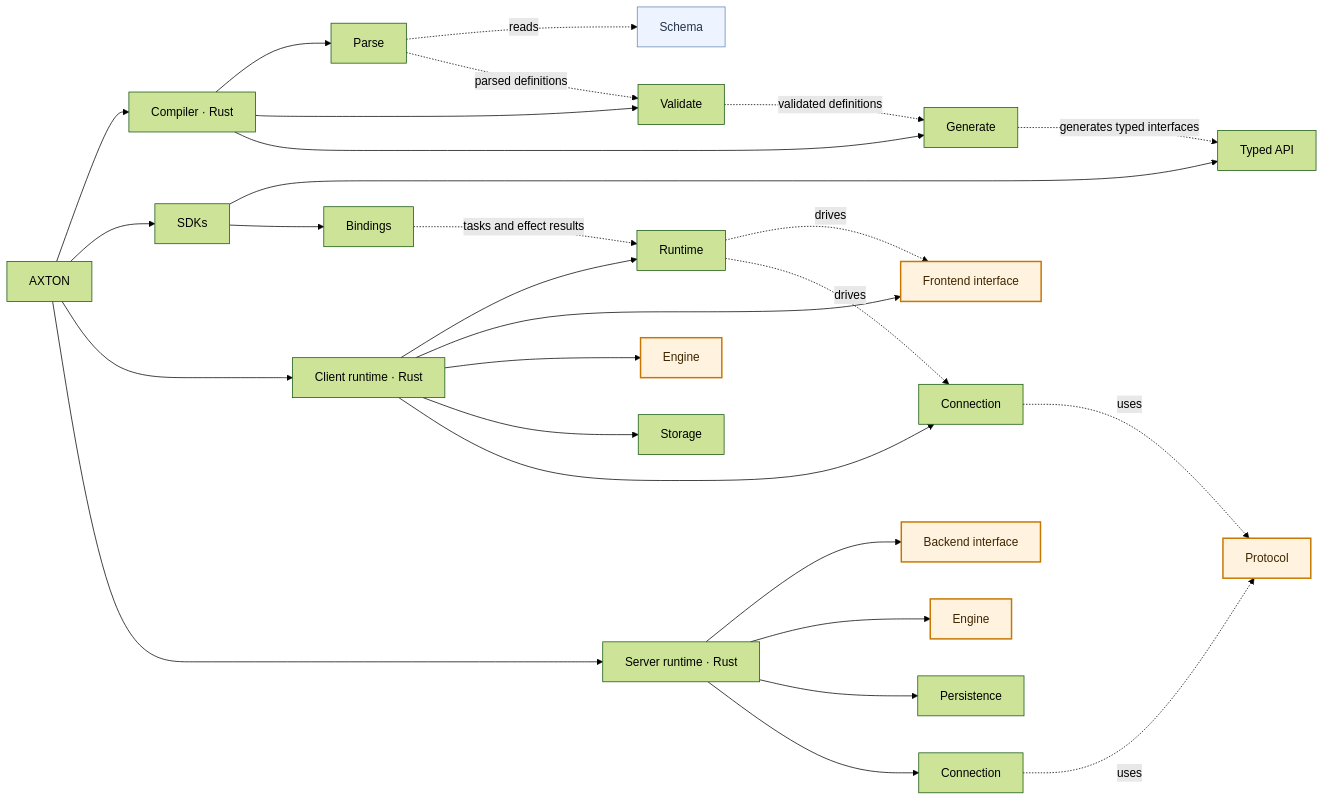
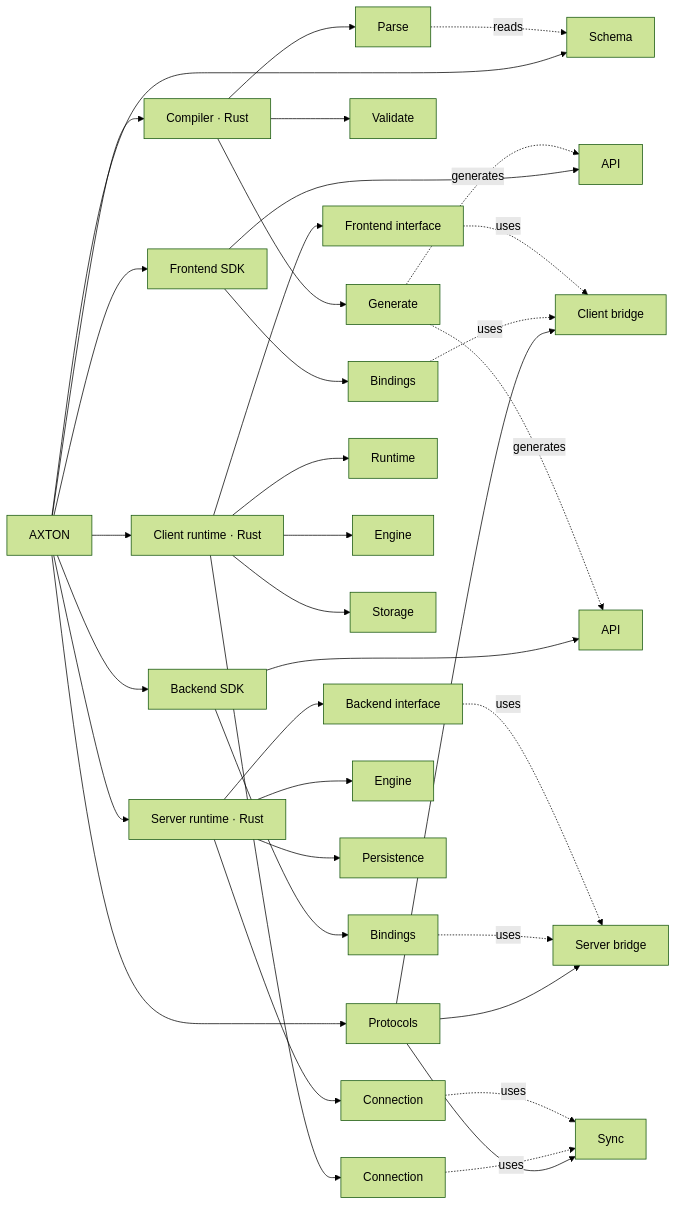
The diagram in docs/engineering/architecture.md (steve-z-wang/otter-sync), drawn with Mermaid (forest theme) before and after one commit. The commit also changed other lines of this file and 393 other files, not shown here.

Commit message:
refactor: extract protocol contracts and separate SDK owners (SYN-23) (#269)

````diff
--- a/docs/engineering/architecture.md
+++ b/docs/engineering/architecture.md
@@ -63,46 +62,38 @@
 ```mermaid
 flowchart LR
-    A["AXTON"]
-
-    A --> C["Compiler · Rust"]
-    C --> CP["Parse"]
-    C --> CV["Validate"]
-    C --> CG["Generate"]
-
-    A --> SDK["SDKs"]
-    SDK --> API["Typed API"]
-    SDK --> B["Bindings"]
-
-    A --> CL["Client runtime · Rust"]
-    CL --> CR["Runtime"]
-    CL --> CF["Frontend interface"]
-    CL --> CE["Engine"]
-    CL --> CS["Storage"]
-    CL --> CC["Connection"]
-
-    A --> SR["Server runtime · Rust"]
-    SR --> SB["Backend interface"]
-    SR --> SE["Engine"]
-    SR --> SP["Persistence"]
-    SR --> SC["Connection"]
-
-    SCH["Schema"]
-    PRO["Protocol"]
-
+    A[AXTON] --> SCH[Schema]
+    A --> P[Protocols]
+    P --> SY[Sync]
+    P --> CB[Client bridge]
+    P --> SB[Server bridge]
+    A --> CO[Compiler · Rust]
+    CO --> CP[Parse]
+    CO --> CV[Validate]
+    CO --> CG[Generate]
+    A --> FE[Frontend SDK]
+    FE --> FA[API]
+    FE --> FB[Bindings]
+    A --> BE[Backend SDK]
+    BE --> BA[API]
+    BE --> BB[Bindings]
+    A --> CL[Client runtime · Rust]
+    CL --> CI[Frontend interface]
+    CL --> CR[Runtime]
+    CL --> CE[Engine]
+    CL --> CS[Storage]
+    CL --> CC[Connection]
+    A --> SR[Server runtime · Rust]
+    SR --> SI[Backend interface]
+    SR --> SE[Engine]
+    SR --> SP[Persistence]
+    SR --> SC[Connection]
     CP -. reads .-> SCH
-    CP -. parsed definitions .-> CV
-    CV -. validated definitions .-> CG
-    CG -. generates typed interfaces .-> API
-
-    B -. tasks and effect results .-> CR
-    CR -. drives .-> CF
-    CR -. drives .-> CC
-
-    CC -. uses .-> PRO
-    SC -. uses .-> PRO
-
-    classDef contract fill:#edf4ff,stroke:#6485b5,color:#243247;
-    classDef core fill:#fff3e0,stroke:#c77700,color:#3d2600,stroke-width:2px;
-    class SCH contract;
-    class PRO,CE,CF,SE,SB core;
+    CG -. generates .-> FA
+    CG -. generates .-> BA
+    FB -. uses .-> CB
+    CI -. uses .-> CB
+    BB -. uses .-> SB
+    SI -. uses .-> SB
+    CC -. uses .-> SY
+    SC -. uses .-> SY
 ```
````
